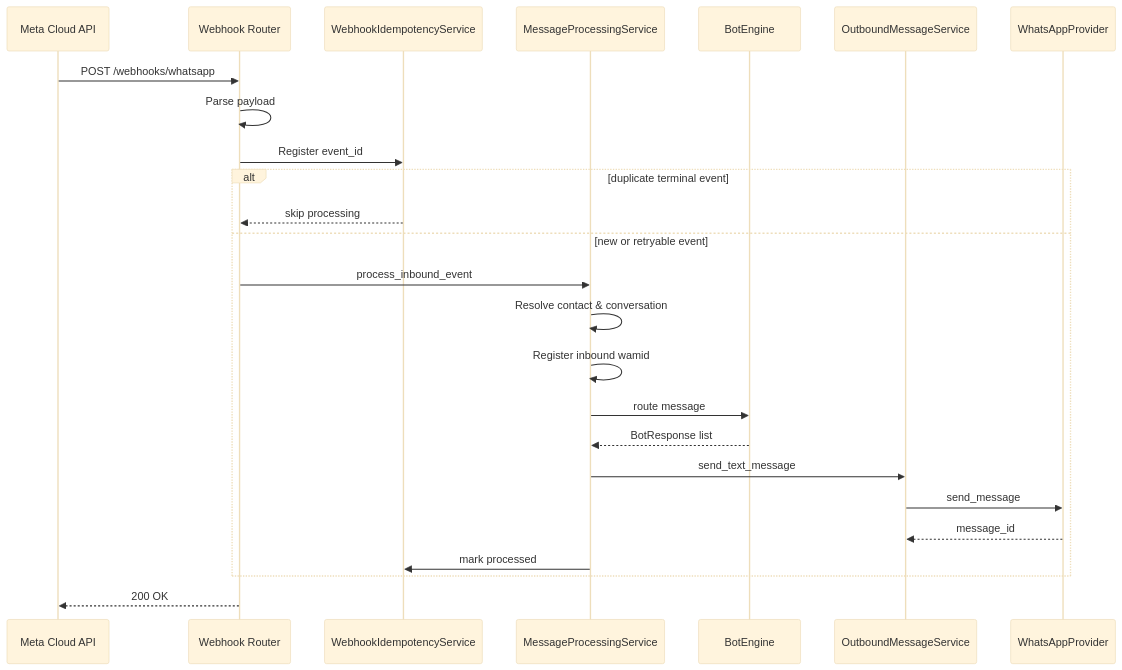
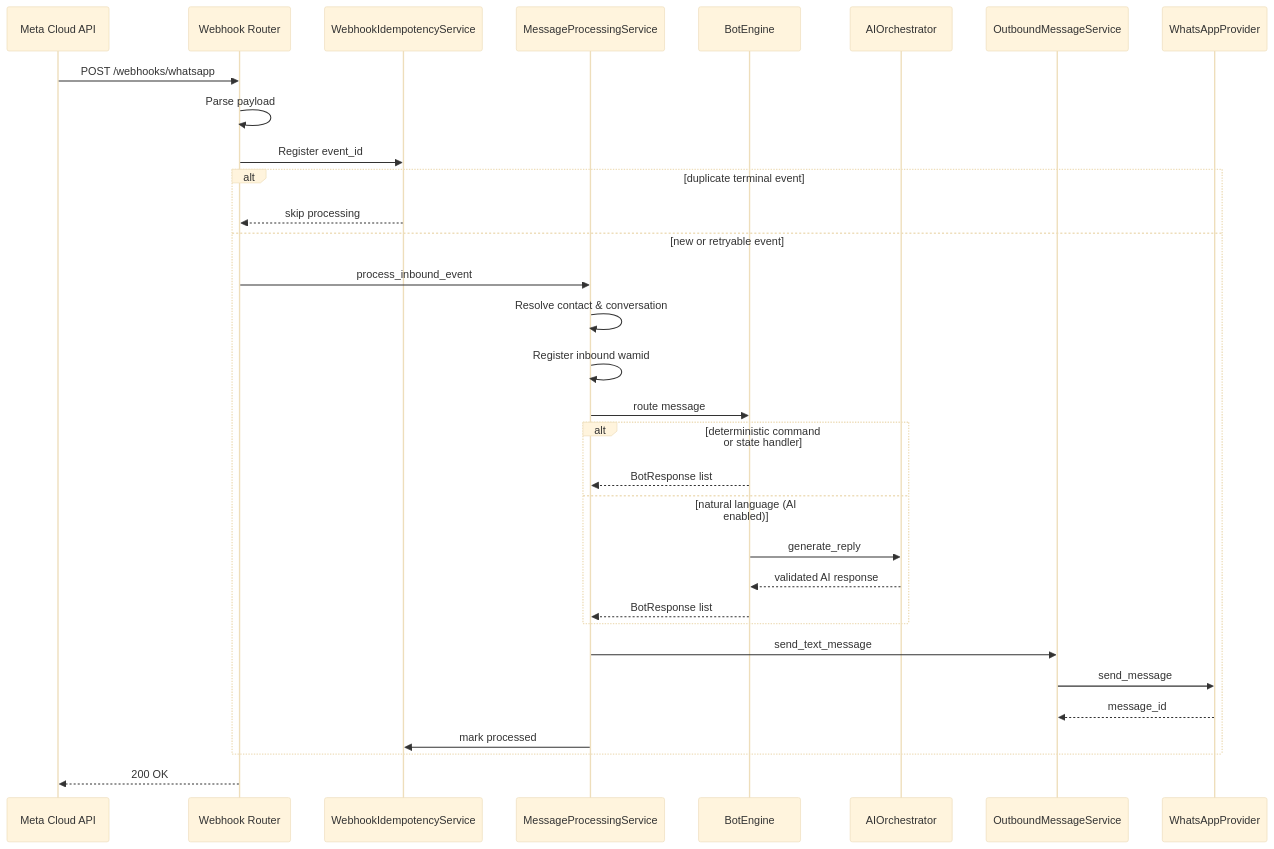
The diagram in docs/architecture.md (D1bakar/whats_up), drawn with Mermaid (base theme) before and after one commit. The commit also changed other lines of this file and 31 other files, not shown here.

````diff
--- a/docs/architecture.md
+++ b/docs/architecture.md
@@ -20,28 +20,35 @@
 ```mermaid
 sequenceDiagram
     participant Meta as Meta Cloud API
     participant WH as Webhook Router
     participant ID as WebhookIdempotencyService
     participant MP as MessageProcessingService
     participant BE as BotEngine
+    participant AI as AIOrchestrator
     participant OUT as OutboundMessageService
     participant PR as WhatsAppProvider
 
     Meta->>WH: POST /webhooks/whatsapp
     WH->>WH: Parse payload
     WH->>ID: Register event_id
     alt duplicate terminal event
         ID-->>WH: skip processing
     else new or retryable event
         WH->>MP: process_inbound_event
         MP->>MP: Resolve contact & conversation
         MP->>MP: Register inbound wamid
         MP->>BE: route message
-        BE-->>MP: BotResponse list
+        alt deterministic command or state handler
+            BE-->>MP: BotResponse list
+        else natural language (AI enabled)
+            BE->>AI: generate_reply
+            AI-->>BE: validated AI response
+            BE-->>MP: BotResponse list
+        end
         MP->>OUT: send_text_message
         OUT->>PR: send_message
         PR-->>OUT: message_id
         MP->>ID: mark processed
     end
     WH-->>Meta: 200 OK
 ```
````
